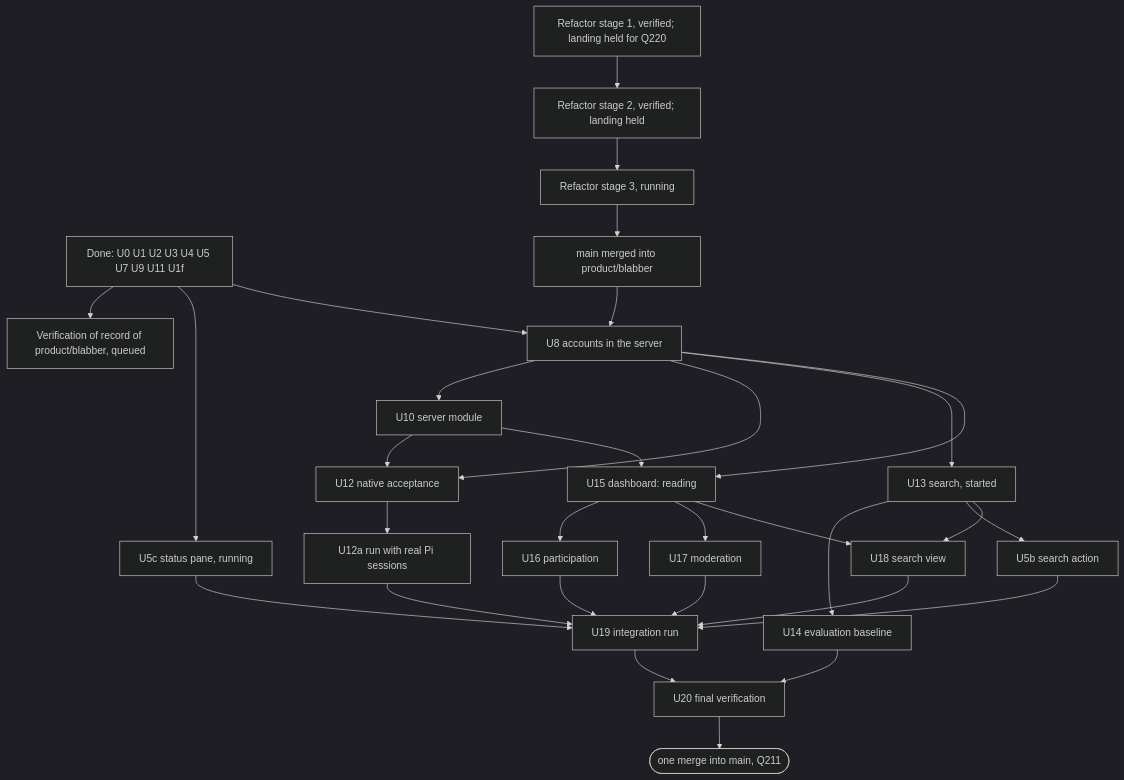
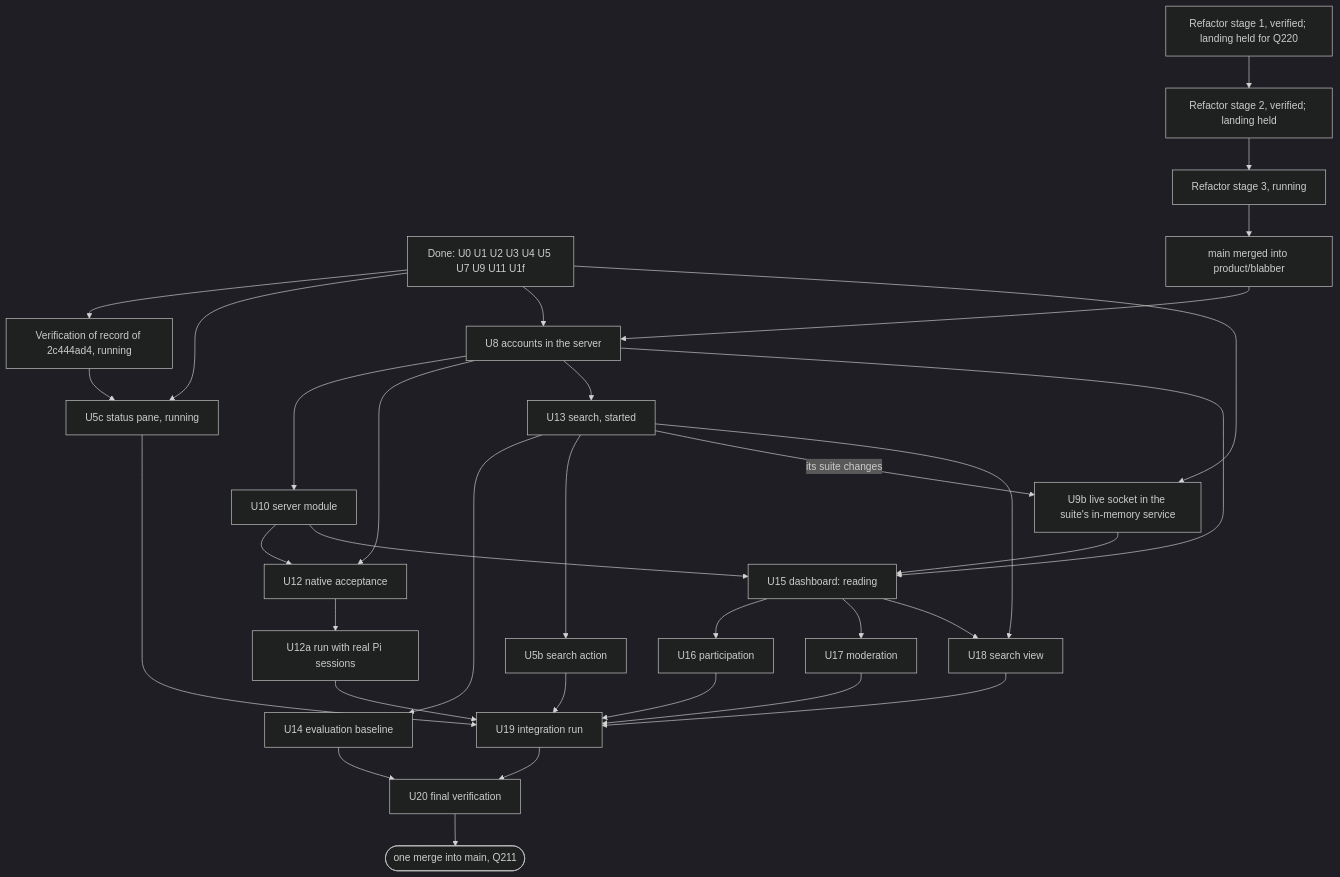
One commit to 7mind/ponygirls changed the second of 2 diagrams in docs/drafts/20261127-1430-blabber-product-design.md. Above: the diagram before and after it, drawn with Mermaid (dark theme). The commit also changed other lines of this file, not shown here.

Commit message:
docs: Blabber product design, revision 2: the thirteen findings of its review (search scope and purge, revocable admin view, privacy paths, U9b, plan order, run provenance)

````diff
--- a/docs/drafts/20261127-1430-blabber-product-design.md
+++ b/docs/drafts/20261127-1430-blabber-product-design.md
@@ -2425,32 +2517,36 @@
 ```mermaid
 flowchart TD
-  DONE[Done: U0 U1 U2 U3 U4 U5 U7 U9 U11 U1f] --> V[Verification of record of product/blabber, queued]
+  DONE[Done: U0 U1 U2 U3 U4 U5 U7 U9 U11 U1f] --> V[Verification of record of 2c444ad4, running]
   DONE --> U5c[U5c status pane, running]
+  V --> U5c
   S1[Refactor stage 1, verified; landing held for Q220] --> S2[Refactor stage 2, verified; landing held]
   S2 --> S3[Refactor stage 3, running]
   S3 --> M[main merged into product/blabber]
   M --> U8[U8 accounts in the server]
   DONE --> U8
   U8 --> U10[U10 server module]
   U8 --> U12[U12 native acceptance]
   U10 --> U12
   U12 --> U12a[U12a run with real Pi sessions]
   U8 --> U13[U13 search, started]
   U13 --> U14[U14 evaluation baseline]
   U13 --> U5b[U5b search action]
-  U8 --> U15[U15 dashboard: reading]
+  DONE --> U9b[U9b live socket in the suite's in-memory service]
+  U13 -->|its suite changes| U9b
+  U9b --> U15[U15 dashboard: reading]
+  U8 --> U15
   U10 --> U15
   U15 --> U16[U16 participation]
   U15 --> U17[U17 moderation]
   U15 --> U18[U18 search view]
   U13 --> U18
   U12a --> U19[U19 integration run]
   U5c --> U19
   U5b --> U19
   U16 --> U19
   U17 --> U19
   U18 --> U19
   U14 --> U20[U20 final verification]
   U19 --> U20
   U20 --> L([one merge into main, Q211])
 ```
````
